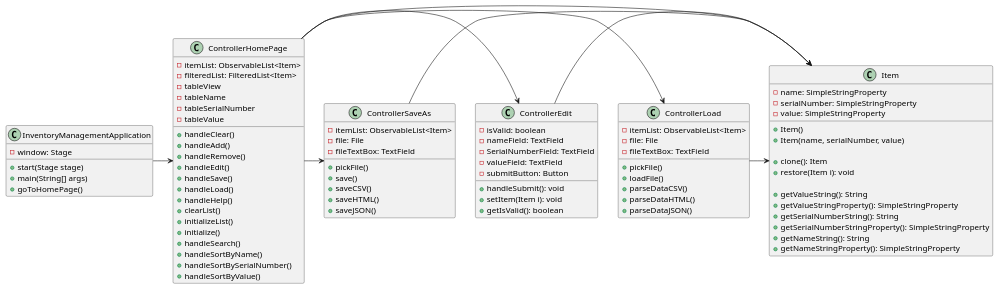
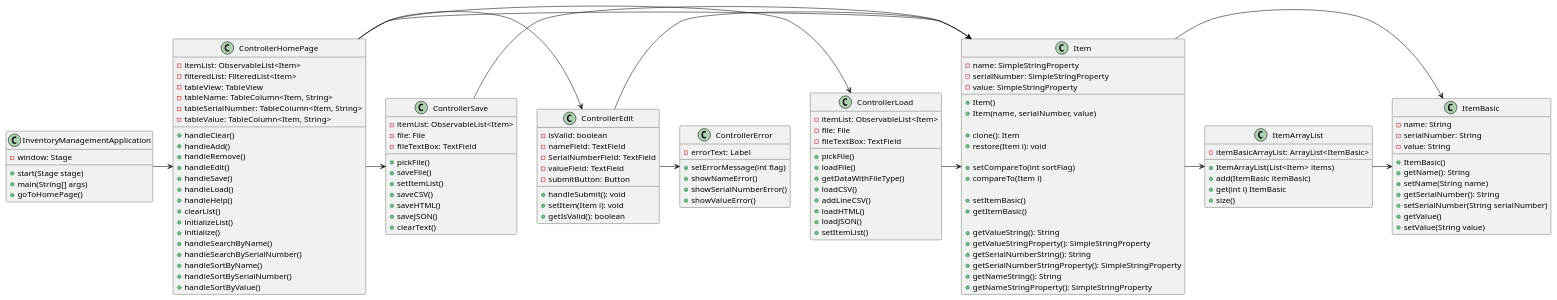
The diagram in docs/diagram.puml (pothyn/davis-app2), drawn with PlantUML before and after one commit. The commit also changed 41 other files, not shown here.

```diff
--- a/docs/diagram.puml
+++ b/docs/diagram.puml
@@ -1,102 +1,151 @@
 @startuml
 
 class InventoryManagementApplication {
     -window: Stage
 
     +start(Stage stage)
     +main(String[] args)
     +goToHomePage()
 }
 
 class Item {
     -name: SimpleStringProperty
     -serialNumber: SimpleStringProperty
     -value: SimpleStringProperty
 
     +Item()
     +Item(name, serialNumber, value)
 
     +clone(): Item
     +restore(Item i): void
 
+    +setCompareTo(int sortFlag)
+    +compareTo(Item i)
+
+    +setItemBasic()
+    +getItemBasic()
+
     +getValueString(): String
     +getValueStringProperty(): SimpleStringProperty
     +getSerialNumberString(): String
     +getSerialNumberStringProperty(): SimpleStringProperty
     +getNameString(): String
     +getNameStringProperty(): SimpleStringProperty
 }
 
 class ControllerHomePage {
     -itemList: ObservableList<Item>
     -filteredList: FilteredList<Item>
-    -tableView
-    -tableName
-    -tableSerialNumber
-    -tableValue
+    -tableView: TableView
+    -tableName: TableColumn<Item, String>
+    -tableSerialNumber: TableColumn<Item, String>
+    -tableValue: TableColumn<Item, String>
 
     +handleClear()
     +handleAdd()
     +handleRemove()
     +handleEdit()
     +handleSave()
     +handleLoad()
     +handleHelp()
     +clearList()
     +initializeList()
     +initialize()
-    +handleSearch()
+    +handleSearchByName()
+    +handleSearchBySerialNumber()
     +handleSortByName()
     +handleSortBySerialNumber()
     +handleSortByValue()
 }
 
 class ControllerEdit {
     -isValid: boolean
     -nameField: TextField
     -SerialNumberField: TextField
     -valueField: TextField
     -submitButton: Button
 
     +handleSubmit(): void
     +setItem(Item i): void
     +getIsValid(): boolean
 }
 
 class ControllerLoad {
     -itemList: ObservableList<Item>
     -file: File
     -fileTextBox: TextField
 
     +pickFile()
     +loadFile()
-    +parseDataCSV()
-    +parseDataHTML()
-    +parseDataJSON()
+    +getDataWithFileType()
+    +loadCSV()
+    +addLineCSV()
+    +loadHTML()
+    +loadJSON()
+    +setItemList()
 }
 
-class ControllerSaveAs {
+class ControllerSave {
     -itemList: ObservableList<Item>
     -file: File
     -fileTextBox: TextField
 
     +pickFile()
-    +save()
+    +saveFile()
+    +setItemList()
     +saveCSV()
     +saveHTML()
     +saveJSON()
+    +clearText()
 }
+
+class ControllerError {
+    -errorText: Label
+
+    +setErrorMessage(int flag)
+    +showNameError()
+    +showSerialNumberError()
+    +showValueError()
+}
+
+class ItemArrayList {
+    -itemBasicArrayList: ArrayList<ItemBasic>
+
+    +ItemArrayList(List<Item> items)
+    +add(ItemBasic itemBasic)
+    +get(int i) ItemBasic
+    +size()
+}
+
+class ItemBasic {
+    -name: String
+    -serialNumber: String
+    -value: String
+
+    +ItemBasic()
+    +getName(): String
+    +setName(String name)
+    +getSerialNumber(): String
+    +setSerialNumber(String serialNumber)
+    +getValue()
+    +setValue(String value)
+}
+
 
 InventoryManagementApplication -> ControllerHomePage
 
 ControllerHomePage -> ControllerLoad
 ControllerHomePage -> ControllerEdit
-ControllerHomePage -> ControllerSaveAs
+ControllerHomePage -> ControllerSave
+ControllerEdit -> ControllerError
 
 ControllerHomePage -> Item
 ControllerEdit -> Item
-ControllerSaveAs -> Item
+ControllerSave -> Item
 ControllerLoad -> Item
+Item -> ItemArrayList
+Item -> ItemBasic
+ItemArrayList -> ItemBasic
 
 
 @enduml
```
